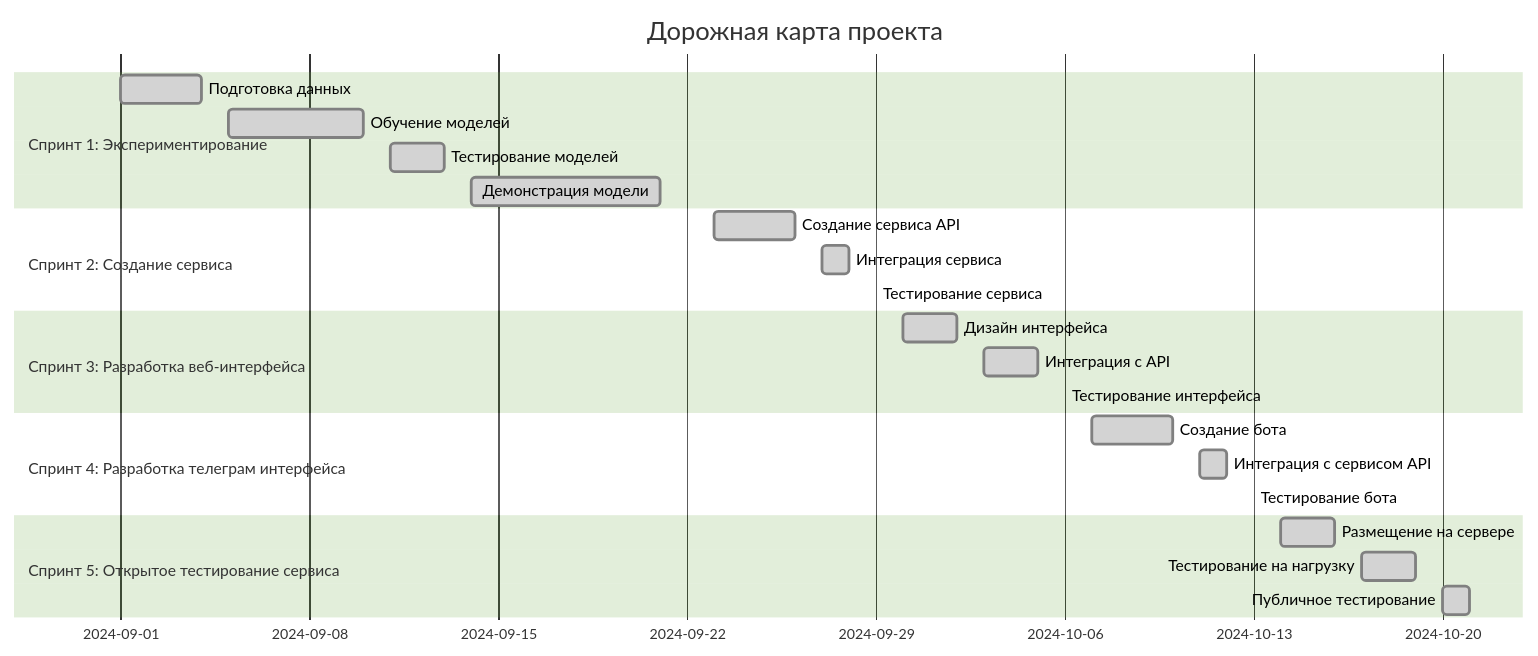
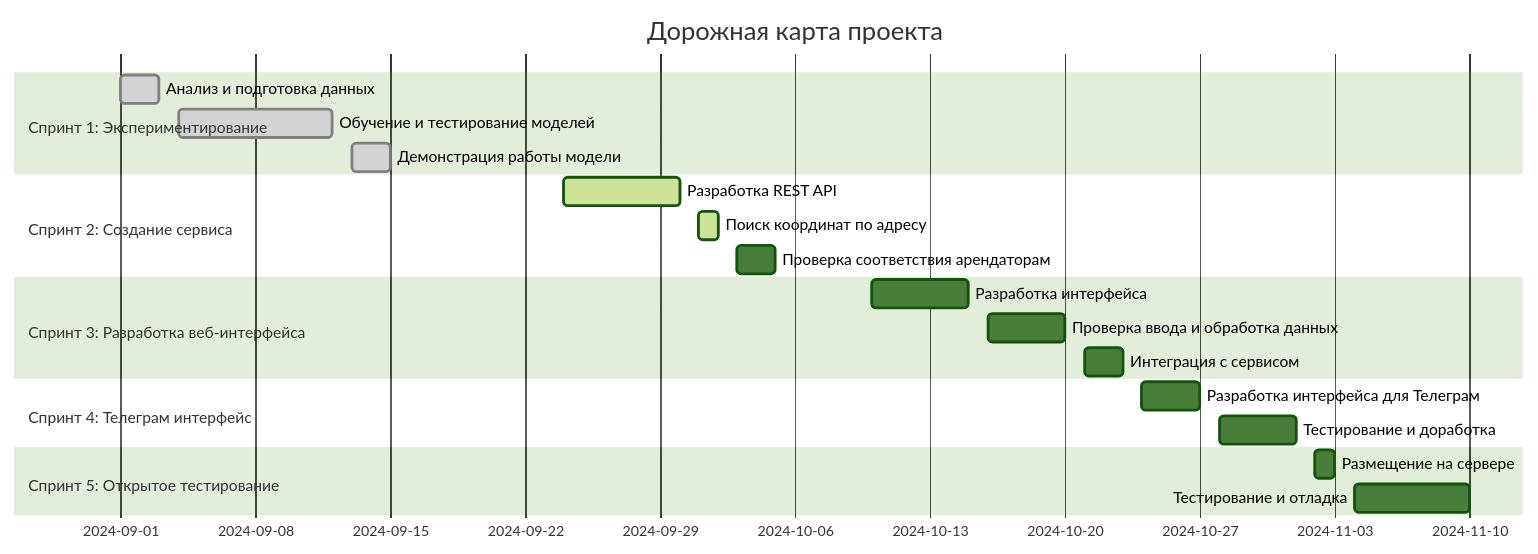
One commit to worker-one/real_estate_modeling changed the diagram in ROADMAP.md. Above: the diagram before and after it, drawn with Mermaid (forest theme). The commit also changed other lines of this file, not shown here.

````diff
--- a/ROADMAP.md
+++ b/ROADMAP.md
@@ -3,30 +3,24 @@
 ```mermaid
 gantt
     title Дорожная карта проекта
     dateFormat  YYYY-MM-DD
     section Спринт 1: Экспериментирование
-    Подготовка данных            :done,    des1, 2024-09-01, 2024-09-04
-    Обучение моделей             :done,    des2, 2024-09-05, 2024-09-10
-    Тестирование моделей         :done,    des3, 2024-09-11, 2024-09-13
-    Демонстрация модели          :done,    des4, 2024-09-14, 2024-09-21
+    Анализ и подготовка данных      :done, des1, 2024-09-01, 2024-09-03
+    Обучение и тестирование моделей :done, des2, 2024-09-04, 2024-09-12
+    Демонстрация работы модели      :done, des3, 2024-09-13, 2024-09-15
+    section Спринт 2: Создание сервиса
+    Разработка REST API             :active, des4, 2024-09-24, 2024-09-30
+    Поиск координат по адресу       :active, des5, 2024-10-01, 2024-10-02
+    Проверка соответствия арендаторам:des6, 2024-10-03, 2024-10-05
+    section Спринт 3: Разработка веб-интерфейса
+    Разработка интерфейса           :des7, 2024-10-10, 2024-10-15
+    Проверка ввода и обработка данных :des8, 2024-10-16, 2024-10-20
+    Интеграция с сервисом           :des9, 2024-10-21, 2024-10-23
+    section Спринт 4: Телеграм интерфейс
+    Разработка интерфейса для Телеграм:des10, 2024-10-24, 2024-10-27
+    Тестирование и доработка        :des11, 2024-10-28, 2024-11-01
+    section Спринт 5: Открытое тестирование
+    Размещение на сервере           :des12, 2024-11-02, 2024-11-03
+    Тестирование и отладка          :des13, 2024-11-04, 2024-11-10
 
-    section Спринт 2: Создание сервиса
-    Создание сервиса API         :done,    des5, 2024-09-23, 2024-09-26
-    Интеграция сервиса           :done,    des6, 2024-09-27, 2024-09-28
-    Тестирование сервиса         :done,    des7, 2024-09-29, 2024-09-29
-
-    section Спринт 3: Разработка веб-интерфейса
-    Дизайн интерфейса            :done,    des8, 2024-09-30, 2024-10-02
-    Интеграция с API             :done,    des9, 2024-10-03, 2024-10-05
-    Тестирование интерфейса      :done,    des10, 2024-10-06, 2024-10-06
-
-    section Спринт 4: Разработка телеграм интерфейса
-    Создание бота                :done,    des11, 2024-10-07, 2024-10-10
-    Интеграция с сервисом API    :done,    des12, 2024-10-11, 2024-10-12
-    Тестирование бота            :done,    des13, 2024-10-13, 2024-10-13
-
-    section Спринт 5: Открытое тестирование сервиса
-    Размещение на сервере        :done,    des14, 2024-10-14, 2024-10-16
-    Тестирование на нагрузку     :done,    des15, 2024-10-17, 2024-10-19
-    Публичное тестирование       :done,    des16, 2024-10-20, 2024-10-21
 ```
````
